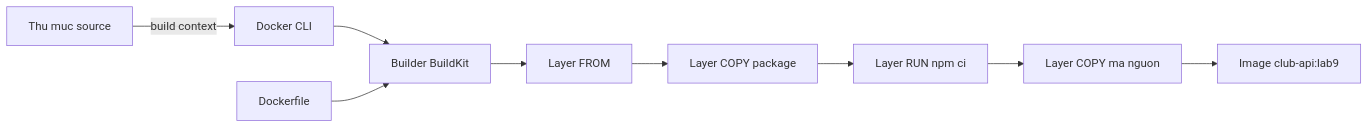
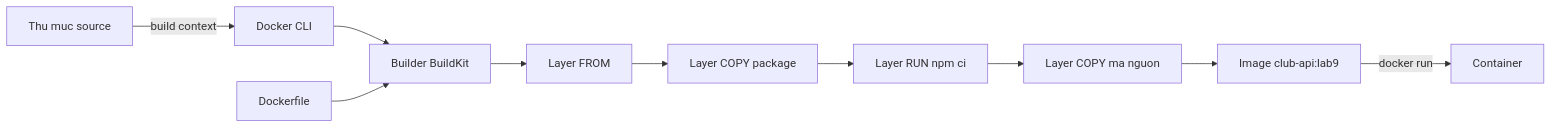
One commit to TienNHM/devops-course changed the diagram in slides/02-docker/session-09.md. Above: the diagram before and after it, drawn with Mermaid. The commit also changed other lines of this file and 266 other files, not shown here.

````diff
--- a/slides/02-docker/session-09.md
+++ b/slides/02-docker/session-09.md
@@ -83,11 +57,12 @@
 ```mermaid
 flowchart LR
   A["Thu muc source"] -->|"build context"| B["Docker CLI"]
   B --> C["Builder BuildKit"]
   D["Dockerfile"] --> C
   C --> E["Layer FROM"]
   E --> F["Layer COPY package"]
   F --> G["Layer RUN npm ci"]
   G --> H["Layer COPY ma nguon"]
   H --> I["Image club-api:lab9"]
+  I -->|"docker run"| J["Container"]
 ```
````
